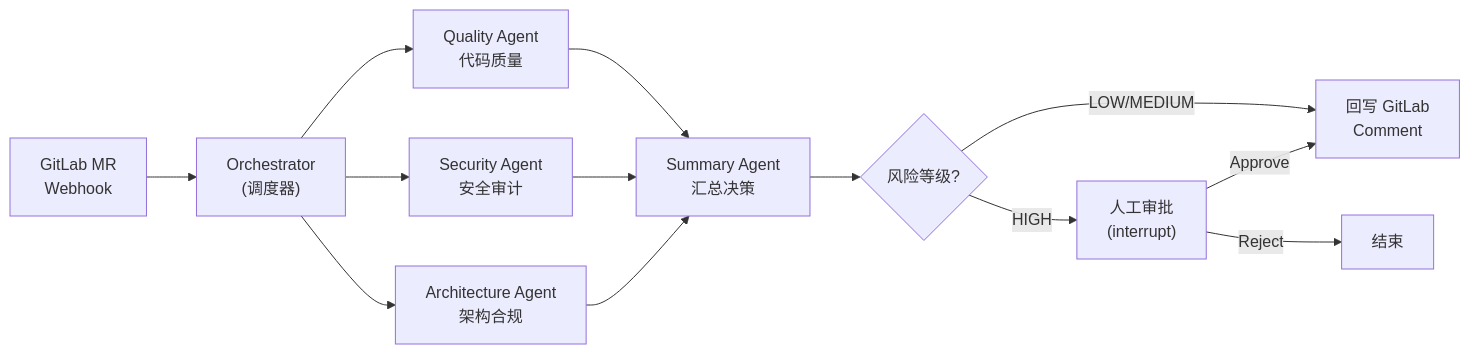
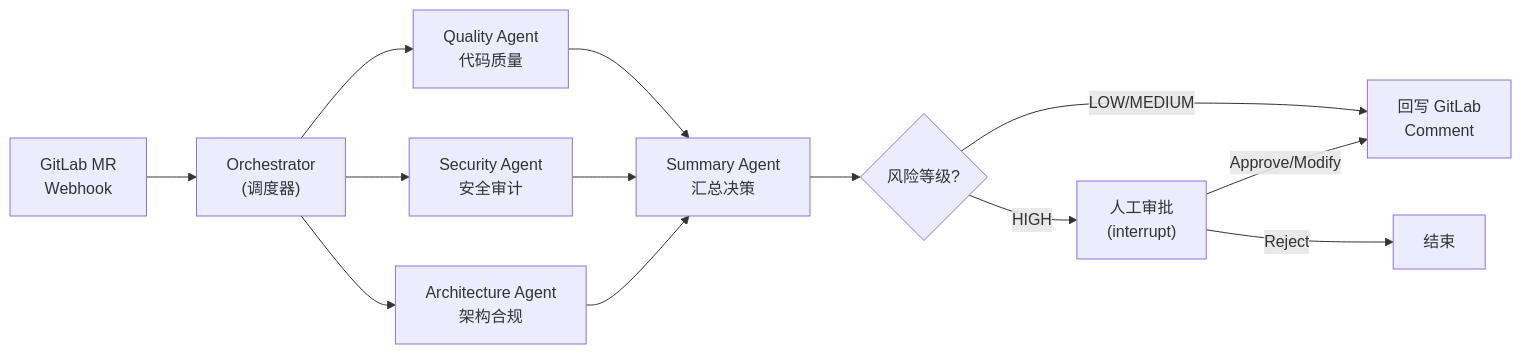
One commit to Zurant/devops-brain changed the diagram in README.md. Above: the diagram before and after it, drawn with Mermaid. The commit also changed other lines of this file and 33 other files, not shown here.

````diff
--- a/README.md
+++ b/README.md
@@ -26,18 +32,18 @@
 ```mermaid
 graph LR
     A["GitLab MR\nWebhook"] --> B["Orchestrator\n(调度器)"]
 
     B --> C["Quality Agent\n代码质量"]
     B --> D["Security Agent\n安全审计"]
     B --> E["Architecture Agent\n架构合规"]
 
     C --> F["Summary Agent\n汇总决策"]
     D --> F
     E --> F
 
     F --> G{"风险等级?"}
     G -- "HIGH" --> H["人工审批\n(interrupt)"]
     G -- "LOW/MEDIUM" --> I["回写 GitLab\nComment"]
-    H -- "Approve" --> I
+    H -- "Approve/Modify" --> I
     H -- "Reject" --> J["结束"]
 ```
````
